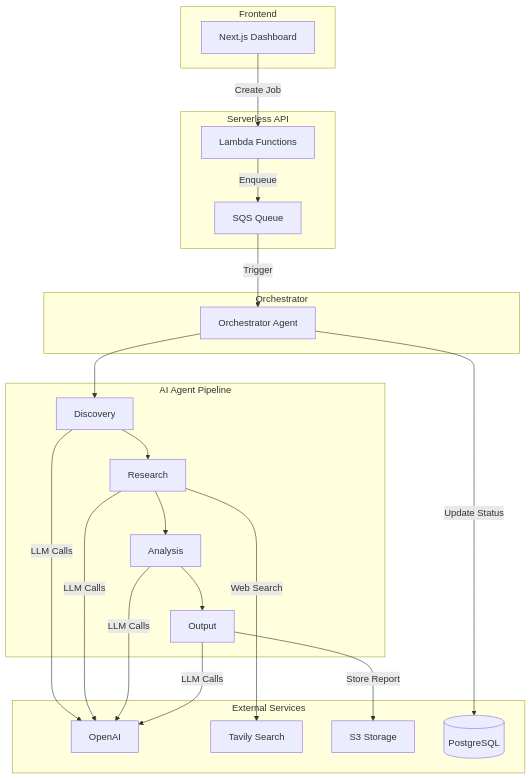
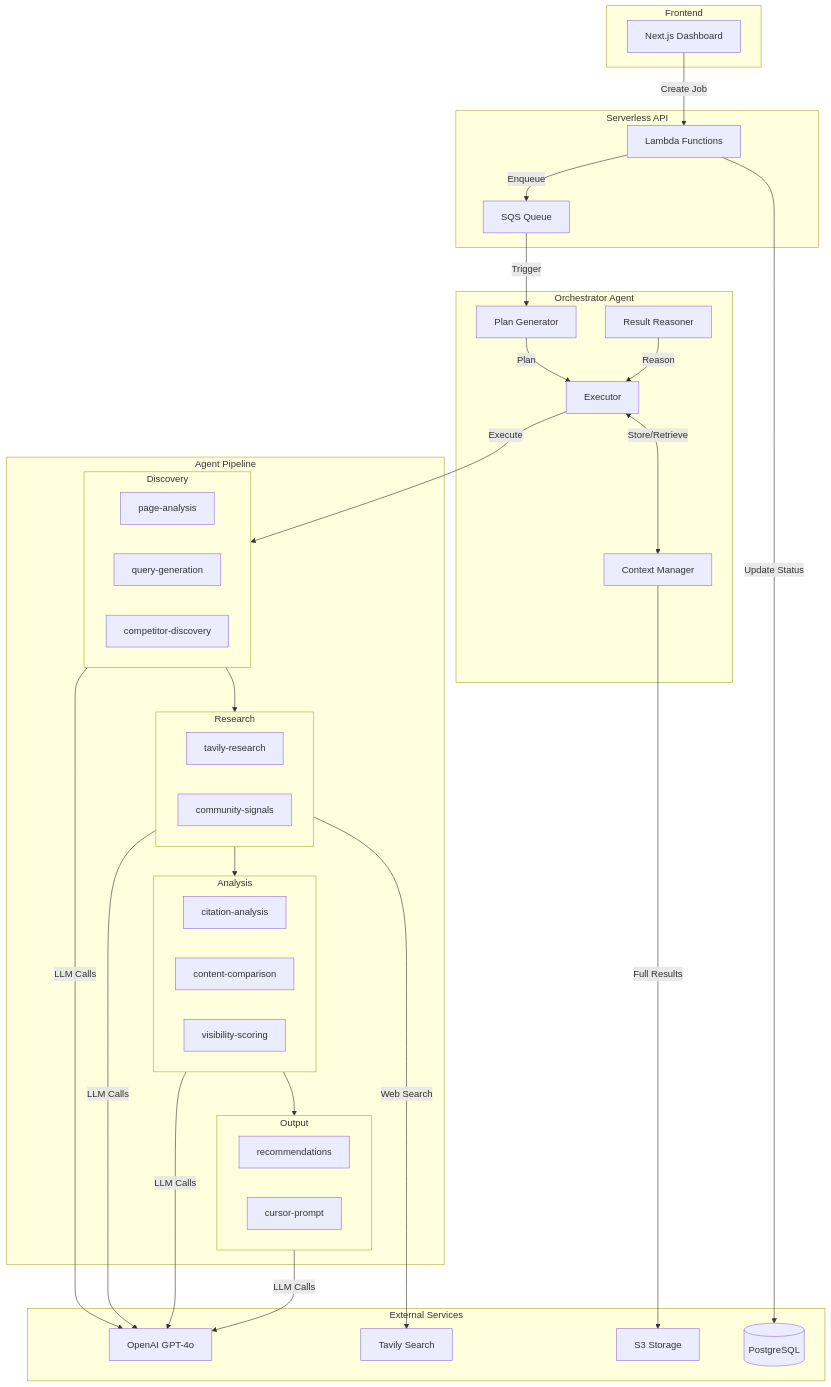
One commit to prop-intel/propintel changed the first of 2 diagrams in README.md. Above: the diagram before and after it, drawn with Mermaid. The commit also changed other lines of this file, not shown here.

First line of the commit message:
docs: update README with comprehensive agent flow documentation

````diff
--- a/README.md
+++ b/README.md
@@ -40,39 +42,59 @@
 ```mermaid
 flowchart TB
     subgraph Client["Frontend"]
         UI[Next.js Dashboard]
     end
 
     subgraph API["Serverless API"]
         Lambda[Lambda Functions]
         SQS[SQS Queue]
     end
 
-    subgraph Pipeline["Orchestrator"]
-        Orch[Orchestrator Agent]
+    subgraph Pipeline["Orchestrator Agent"]
+        PG[Plan Generator]
+        EX[Executor]
+        CM[Context Manager]
+        RR[Result Reasoner]
     end
 
-    subgraph Agents["AI Agent Pipeline"]
-        D[Discovery]
-        R[Research]
-        A[Analysis]
-        O[Output]
+    subgraph Agents["Agent Pipeline"]
+        subgraph Discovery
+            PA[page-analysis]
+            QG[query-generation]
+            CD[competitor-discovery]
+        end
+        subgraph Research
+            TR[tavily-research]
+            CS[community-signals]
+        end
+        subgraph Analysis
+            CA[citation-analysis]
+            CC[content-comparison]
+            VS[visibility-scoring]
+        end
+        subgraph Output
+            REC[recommendations]
+            CP[cursor-prompt]
+        end
     end
 
     subgraph External["External Services"]
-        OpenAI[OpenAI]
+        OpenAI[OpenAI GPT-4o]
         Tavily[Tavily Search]
         S3[S3 Storage]
         DB[(PostgreSQL)]
     end
 
     UI -->|Create Job| Lambda
     Lambda -->|Enqueue| SQS
-    SQS -->|Trigger| Orch
-    Orch --> D --> R --> A --> O
+    SQS -->|Trigger| PG
+    PG -->|Plan| EX
+    EX -->|Execute| Discovery --> Research --> Analysis --> Output
+    EX <-->|Store/Retrieve| CM
+    CM -->|Full Results| S3
+    RR -->|Reason| EX
     
-    D & R & A & O -->|LLM Calls| OpenAI
-    R -->|Web Search| Tavily
-    O -->|Store Report| S3
-    Orch -->|Update Status| DB
+    Discovery & Research & Analysis & Output -->|LLM Calls| OpenAI
+    Research -->|Web Search| Tavily
+    Lambda -->|Update Status| DB
 ```
````
